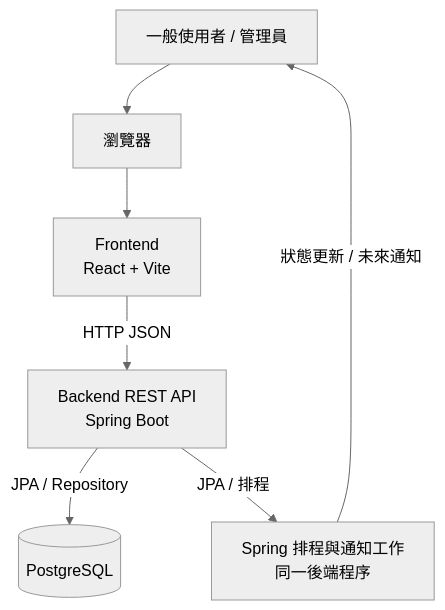
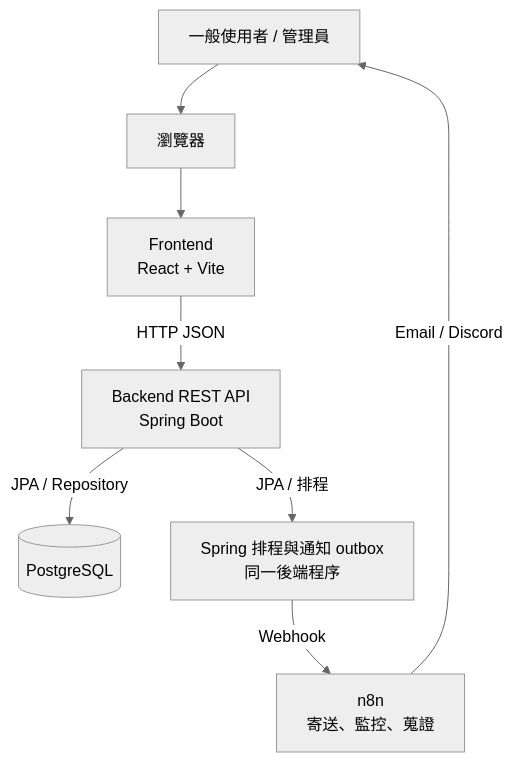
One commit to b2626826-blip/UcMarket changed the first of 5 diagrams in docs/系統設計/網站架構.md. Above: the diagram before and after it, drawn with Mermaid (neutral theme). The commit also changed other lines of this file and 24 other files, not shown here.

````diff
--- a/docs/系統設計/網站架構.md
+++ b/docs/系統設計/網站架構.md
@@ -25,16 +25,18 @@
 ```mermaid
 flowchart TB
     user[一般使用者 / 管理員]
     browser[瀏覽器]
     frontend[Frontend\nReact + Vite]
     api[Backend REST API\nSpring Boot]
     db[(PostgreSQL)]
-    scheduler[Spring 排程與通知工作\n同一後端程序]
+    scheduler[Spring 排程與通知 outbox\n同一後端程序]
+    n8n[n8n\n寄送、監控、蒐證]
 
     user --> browser
     browser --> frontend
     frontend -->|HTTP JSON| api
     api -->|JPA / Repository| db
     api -->|JPA / 排程| scheduler
-    scheduler -->|狀態更新 / 未來通知| user
+    scheduler -->|Webhook| n8n
+    n8n -->|Email / Discord| user
 ```
````
